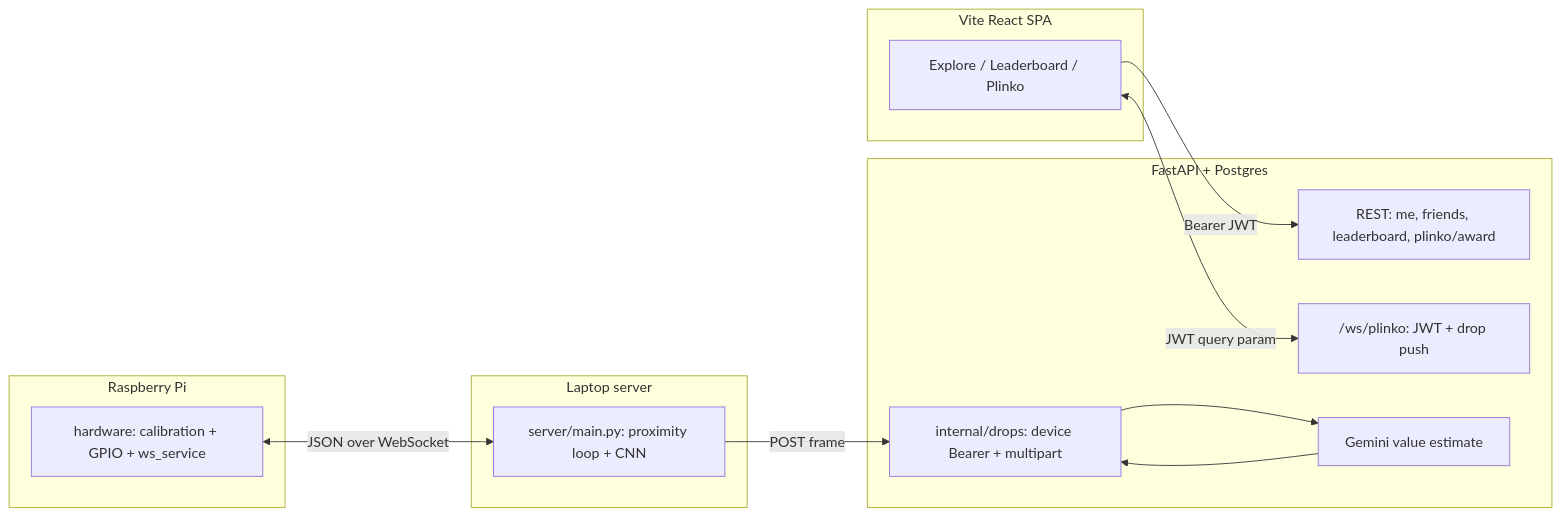
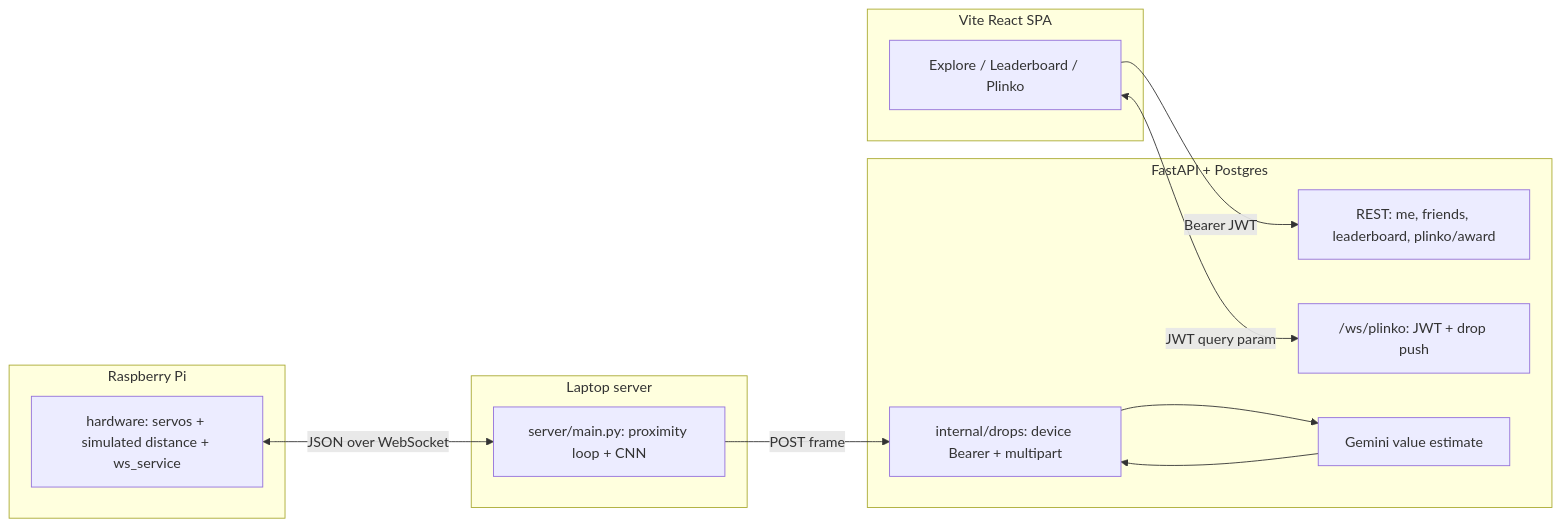
One commit to mhtruong1031/YHack changed the diagram in README.md. Above: the diagram before and after it, drawn with Mermaid. The commit also changed other lines of this file and 15 other files, not shown here.

````diff
--- a/README.md
+++ b/README.md
@@ -9,24 +9,24 @@
 ```mermaid
 flowchart LR
   subgraph edge [Raspberry Pi]
-    HW[hardware: calibration + GPIO + ws_service]
+    HW[hardware: servos + simulated distance + ws_service]
   end
   subgraph laptop [Laptop server]
     SRV[server/main.py: proximity loop + CNN]
   end
   subgraph backend [FastAPI + Postgres]
     API[REST: me, friends, leaderboard, plinko/award]
     INT[internal/drops: device Bearer + multipart]
     WS["/ws/plinko: JWT + drop push"]
     GEM[Gemini value estimate]
   end
   subgraph client [Vite React SPA]
     UI[Explore / Leaderboard / Plinko]
   end
   HW <-->|JSON over WebSocket| SRV
   SRV -->|POST frame| INT
   INT --> GEM
   GEM --> INT
   UI -->|Bearer JWT| API
   UI <-->|JWT query param| WS
 ```
````
